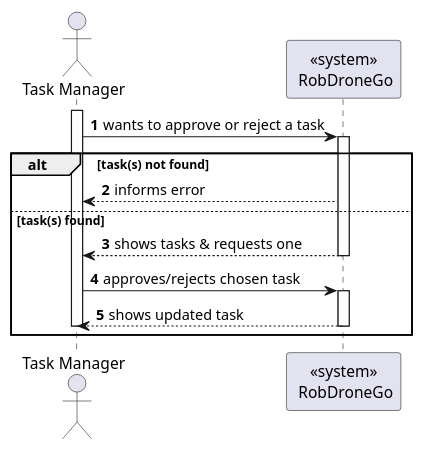
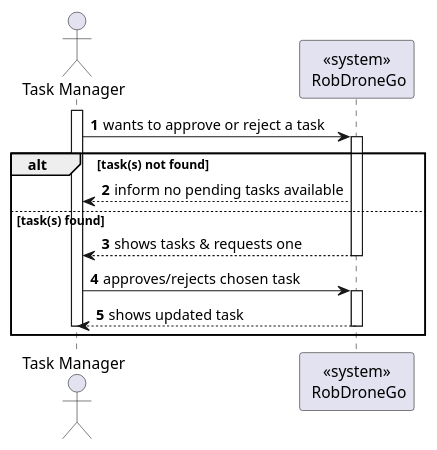
Before and after one commit to Departamento-de-Engenharia-Informatica/lapr5-23-24-g19: the diagram in docs/us470/level1/process-view.puml, drawn with PlantUML. The commit also changed 8 other files, not shown here.

```diff
--- a/docs/us470/level1/process-view.puml
+++ b/docs/us470/level1/process-view.puml
@@ -1,24 +1,24 @@
 @startuml
 autonumber
 
 actor "Task Manager" as usr
 
 participant "<<system>>\n RobDroneGo" as sys
 
 activate usr
     usr -> sys : wants to approve or reject a task
     activate sys
         alt task(s) not found
-            sys --> usr: informs error
+            sys --> usr : inform no pending tasks available
         else task(s) found
         sys --> usr : shows tasks & requests one
     deactivate sys
 
     usr -> sys : approves/rejects chosen task
     activate sys
         sys --> usr : shows updated task
     deactivate sys
 deactivate usr
 end
 
 @enduml
```
